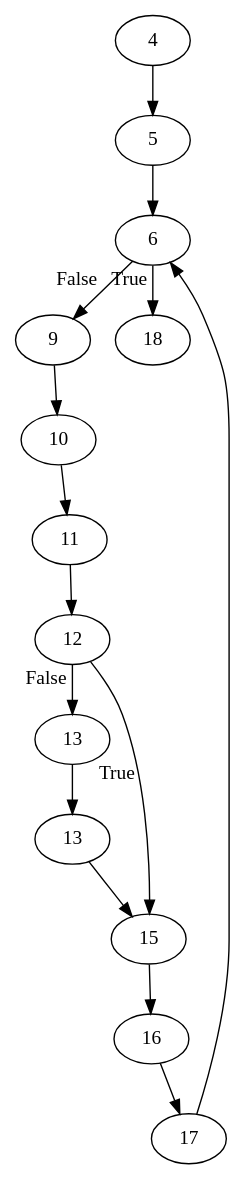
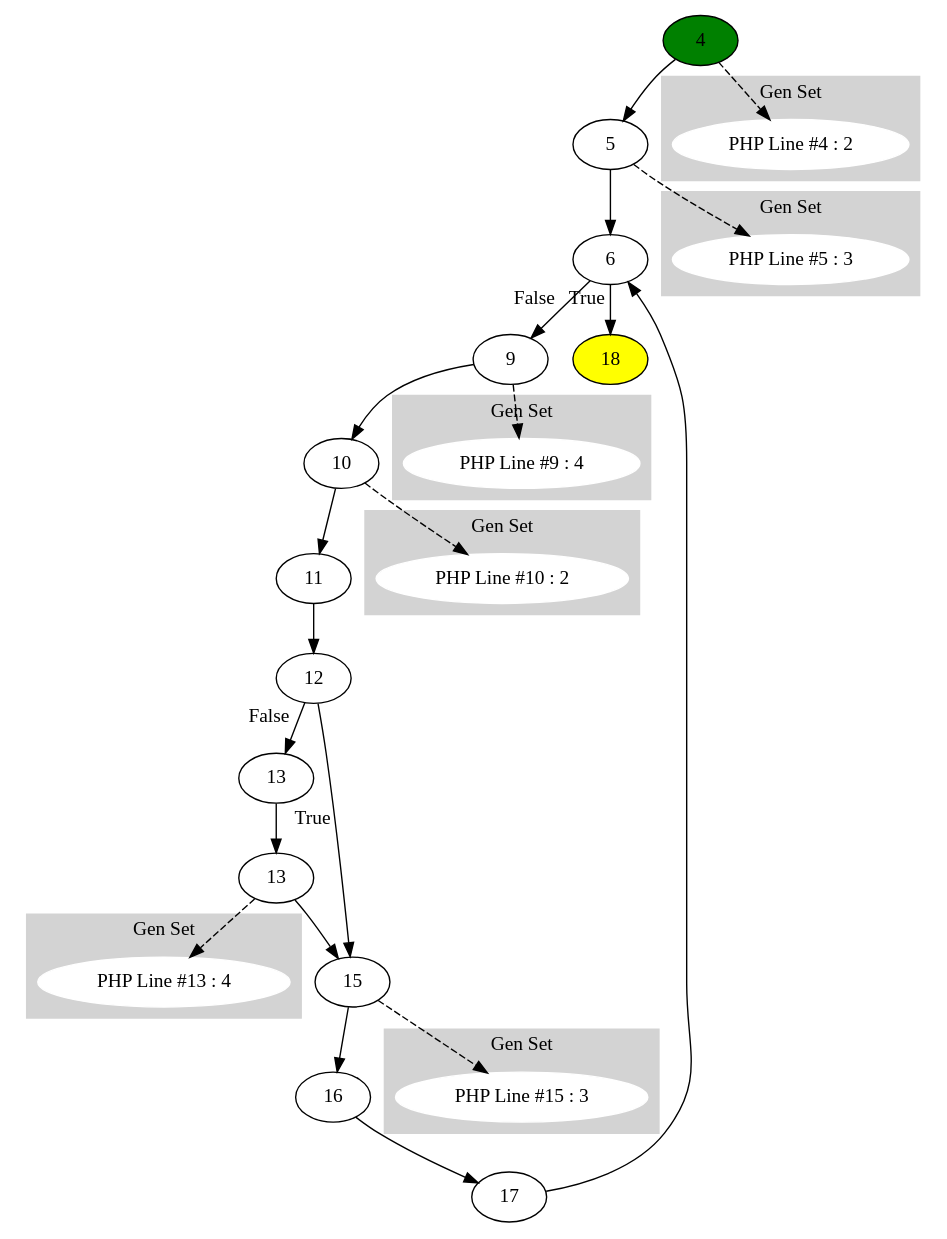
The diagram in test_files/test_files/function_Function (leaf) foo at 72 (ID 1).dot (brianedmonds90/CFG-Hip-Hop), drawn with Graphviz before and after one commit. The commit also changed 8 other files, not shown here.

Commit message:
Begining the visualization of the gen set.

```diff
--- a/test_files/test_files/function_Function (leaf) foo at 72 (ID 1).dot
+++ b/test_files/test_files/function_Function (leaf) foo at 72 (ID 1).dot
@@ -1,30 +1,42 @@
 digraph testName {
 0 [label="4"];
 1 [label="5"];
 2 [label="6"];
 3 [label="9"];
 4 [label="10"];
 5 [label="11"];
 6 [label="12"];
 7 [label="13"];
 8 [label="13"];
 9 [label="15"];
 10 [label="16"];
 11 [label="17"];
-12 [label="18" fillcolor= yellow];
+12 [label="18" fillcolor= yellow, style = filled];
 0 -> 1;
 1 -> 2;
 2 -> 3[xlabel="False"];
 2 -> 12[xlabel="True"];
 3 -> 4;
 4 -> 5;
 5 -> 6;
 6 -> 7[xlabel="False"];
 6 -> 9[xlabel="True"];
 7 -> 8;
 8 -> 9;
 9 -> 10;
 10 -> 11;
 11 -> 2;
+0 [fillcolor = green, style = filled]subgraph cluster_0 { style=filled; color=lightgrey; node [style=filled,color=white]; g_0[label= "PHP Line #4 : 2"];label = "Gen Set";}
+0 -> g_0 [style="dashed"];
+subgraph cluster_1 { style=filled; color=lightgrey; node [style=filled,color=white]; g_1[label= "PHP Line #5 : 3"];label = "Gen Set";}
+1 -> g_1 [style="dashed"];
+subgraph cluster_3 { style=filled; color=lightgrey; node [style=filled,color=white]; g_3[label= "PHP Line #9 : 4"];label = "Gen Set";}
+3 -> g_3 [style="dashed"];
+subgraph cluster_4 { style=filled; color=lightgrey; node [style=filled,color=white]; g_4[label= "PHP Line #10 : 2"];label = "Gen Set";}
+4 -> g_4 [style="dashed"];
+subgraph cluster_8 { style=filled; color=lightgrey; node [style=filled,color=white]; g_8[label= "PHP Line #13 : 4"];label = "Gen Set";}
+8 -> g_8 [style="dashed"];
+subgraph cluster_9 { style=filled; color=lightgrey; node [style=filled,color=white]; g_9[label= "PHP Line #15 : 3"];label = "Gen Set";}
+9 -> g_9 [style="dashed"];
 
 }
```
